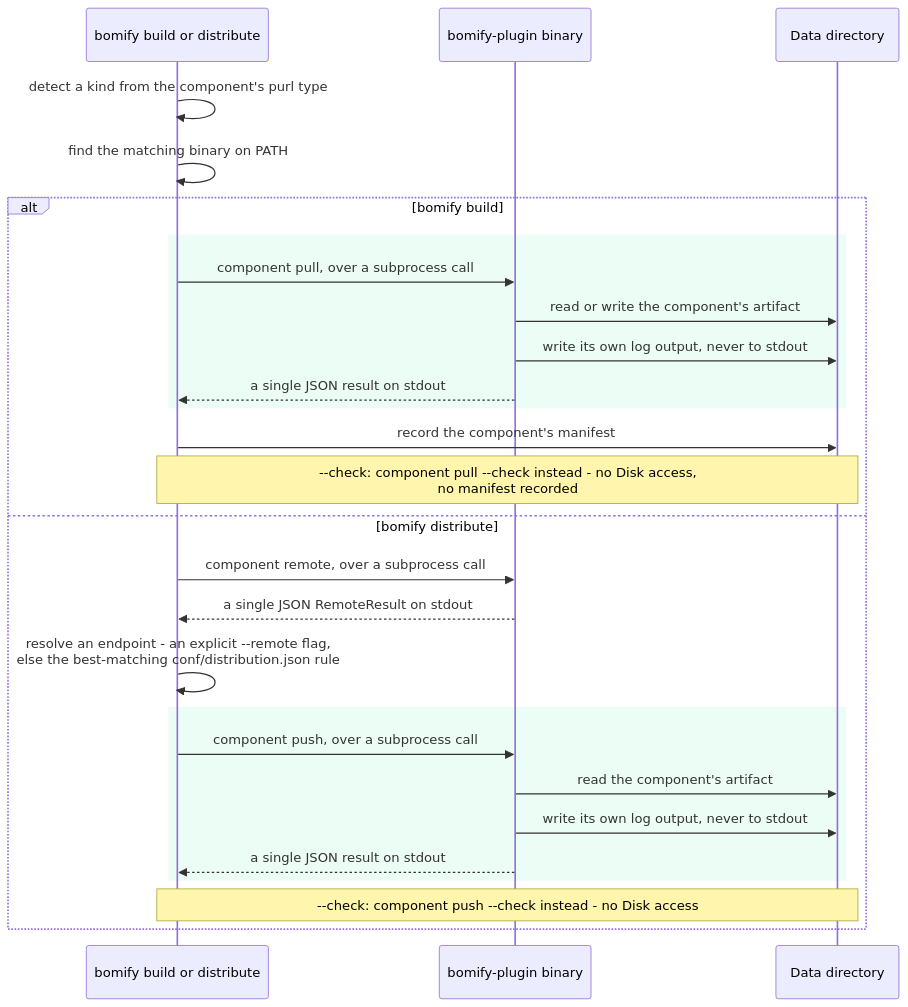
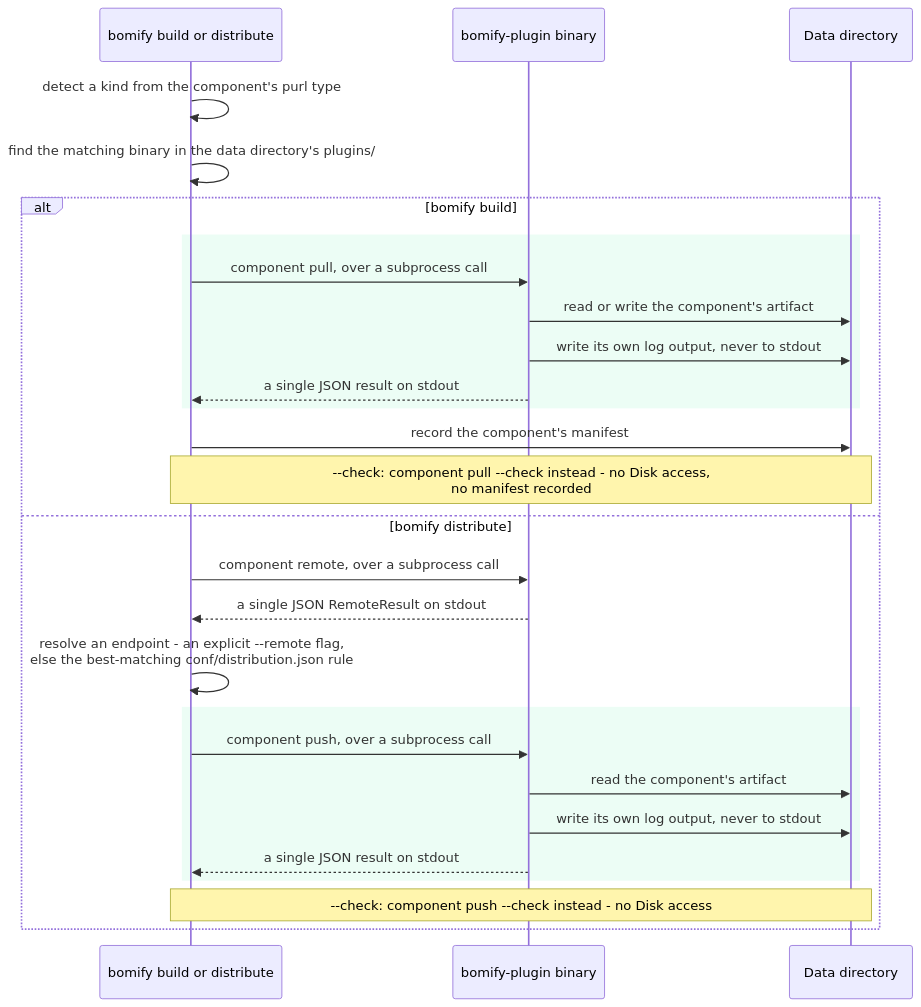
One commit to alejandro-velasco/bomify changed the diagram in docs/diagrams/plugin-dispatch.mmd. Above: the diagram before and after it, drawn with Mermaid. The commit also changed 56 other files, not shown here.

```diff
--- a/docs/diagrams/plugin-dispatch.mmd
+++ b/docs/diagrams/plugin-dispatch.mmd
@@ -1,29 +1,29 @@
 sequenceDiagram
     participant CLI as bomify build or distribute
     participant Plugin as bomify-plugin binary
     participant Disk as Data directory
 
     CLI->>CLI: detect a kind from the component's purl type
-    CLI->>CLI: find the matching binary on PATH
+    CLI->>CLI: find the matching binary in the data directory's plugins/
 
     alt bomify build
         rect rgb(236, 253, 245)
             CLI->>Plugin: component pull, over a subprocess call
             Plugin->>Disk: read or write the component's artifact
             Plugin->>Disk: write its own log output, never to stdout
             Plugin-->>CLI: a single JSON result on stdout
         end
         CLI->>Disk: record the component's manifest
         Note over CLI,Disk: --check: component pull --check instead - no Disk access,<br/>no manifest recorded
     else bomify distribute
         CLI->>Plugin: component remote, over a subprocess call
         Plugin-->>CLI: a single JSON RemoteResult on stdout
         CLI->>CLI: resolve an endpoint - an explicit --remote flag,<br/>else the best-matching conf/distribution.json rule
         rect rgb(236, 253, 245)
             CLI->>Plugin: component push, over a subprocess call
             Plugin->>Disk: read the component's artifact
             Plugin->>Disk: write its own log output, never to stdout
             Plugin-->>CLI: a single JSON result on stdout
         end
         Note over CLI,Disk: --check: component push --check instead - no Disk access
     end
```
